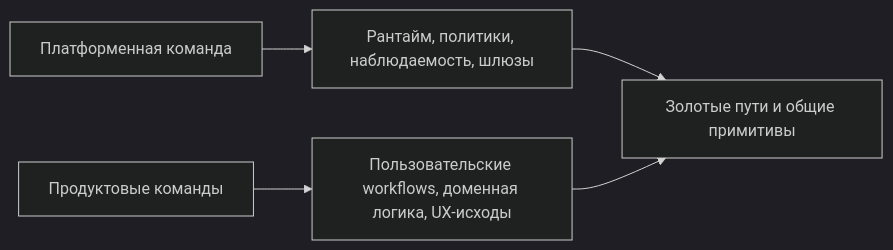
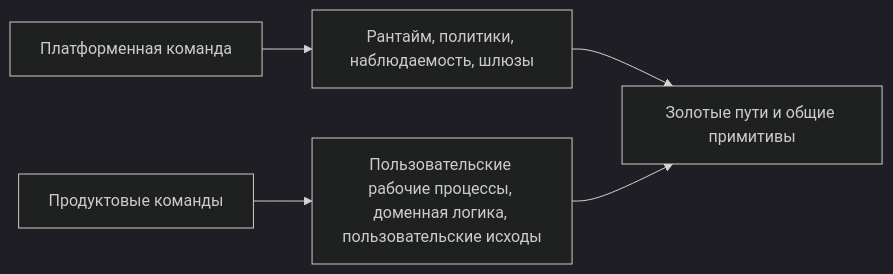
Before and after one commit to agent-axiom/agent-arch: the diagram in docs/book/part-vi/chapter-14.md, drawn with Mermaid (dark theme). The commit also changed other lines of this file and 5 other files, not shown here.

````diff
--- a/docs/book/part-vi/chapter-14.md
+++ b/docs/book/part-vi/chapter-14.md
@@ -79,7 +79,7 @@
 ``` mermaid
 flowchart LR
     A["Платформенная команда"] --> B["Рантайм, политики, наблюдаемость, шлюзы"]
-    C["Продуктовые команды"] --> D["Пользовательские workflows, доменная логика, UX-исходы"]
+    C["Продуктовые команды"] --> D["Пользовательские рабочие процессы, доменная логика, пользовательские исходы"]
     B --> E["Золотые пути и общие примитивы"]
     D --> E
 ```
````
